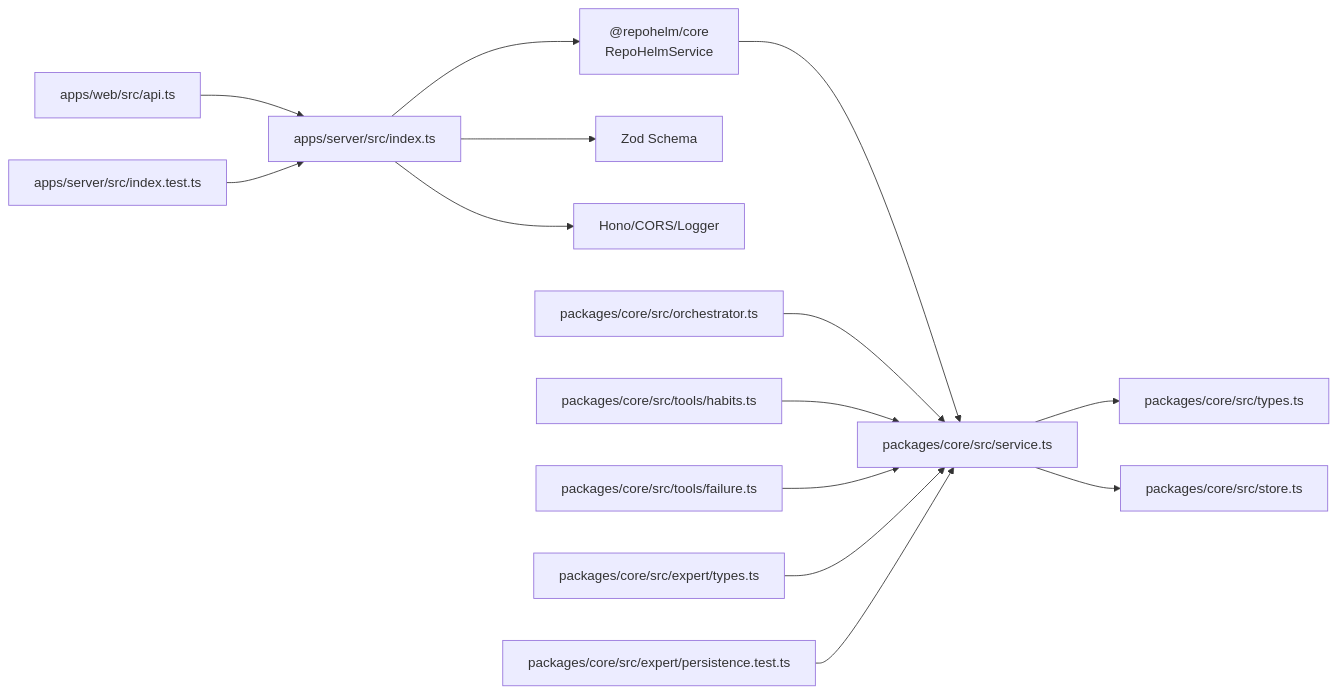
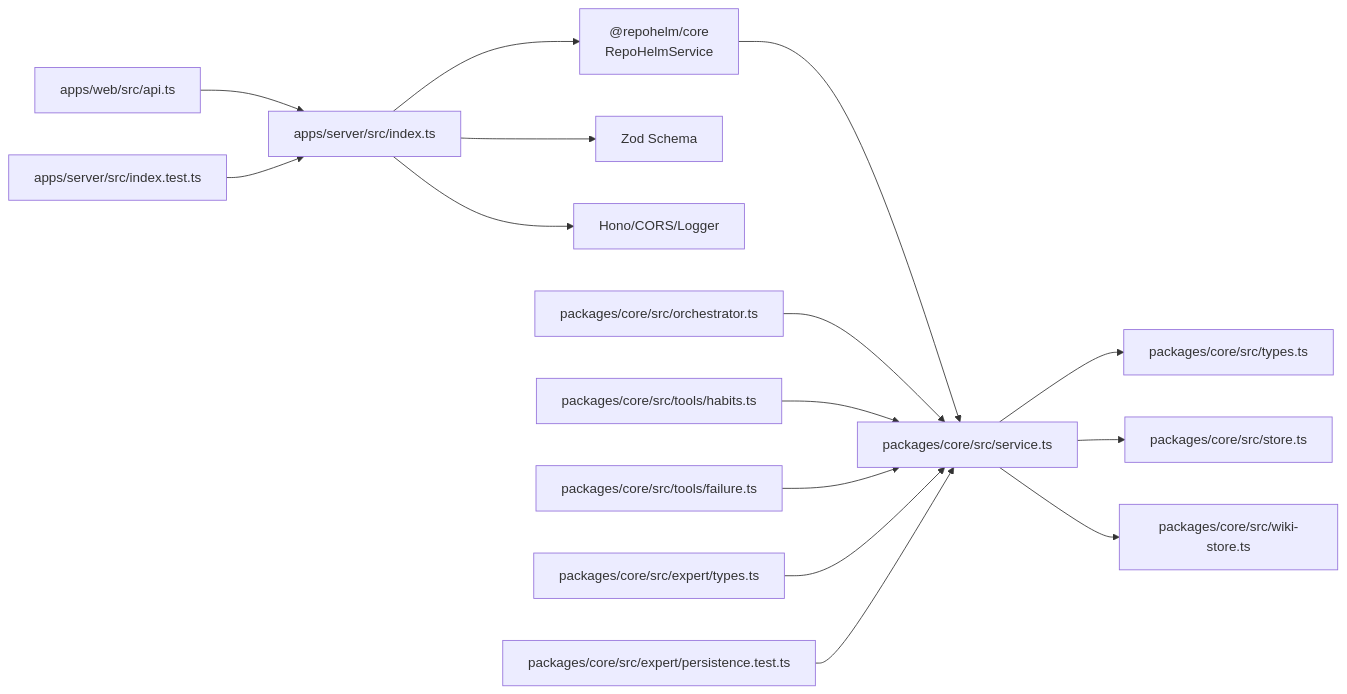
Before and after one commit to coconilu/RepoHelm: the third of 3 diagrams in .qoder/repowiki/zh/content/服务器 API 设计/服务器 API 设计.md, drawn with Mermaid. The commit also changed other lines of this file and 3 other files, not shown here.

First line of the commit message:
Docs: add Sqlite close(), WikiStore & graceful shutdown

````diff
--- a/.qoder/repowiki/zh/content/服务器 API 设计/服务器 API 设计.md
+++ b/.qoder/repowiki/zh/content/服务器 API 设计/服务器 API 设计.md
@@ -710,16 +741,17 @@
 ```mermaid
 graph LR
 A["apps/server/src/index.ts"] --> B["@repohelm/core<br/>RepoHelmService"]
 A --> C["Zod Schema"]
 A --> D["Hono/CORS/Logger"]
 E["apps/web/src/api.ts"] --> A
 B --> F["packages/core/src/service.ts"]
 F --> G["packages/core/src/types.ts"]
 F --> H["packages/core/src/store.ts"]
-I["packages/core/src/orchestrator.ts"] --> F
-J["packages/core/src/tools/habits.ts"] --> F
-K["packages/core/src/tools/failure.ts"] --> F
-L["packages/core/src/expert/types.ts"] --> F
-M["apps/server/src/index.test.ts"] --> A
-N["packages/core/src/expert/persistence.test.ts"] --> F
+F --> I["packages/core/src/wiki-store.ts"]
+J["packages/core/src/orchestrator.ts"] --> F
+K["packages/core/src/tools/habits.ts"] --> F
+L["packages/core/src/tools/failure.ts"] --> F
+M["packages/core/src/expert/types.ts"] --> F
+N["apps/server/src/index.test.ts"] --> A
+O["packages/core/src/expert/persistence.test.ts"] --> F
 ```
````
